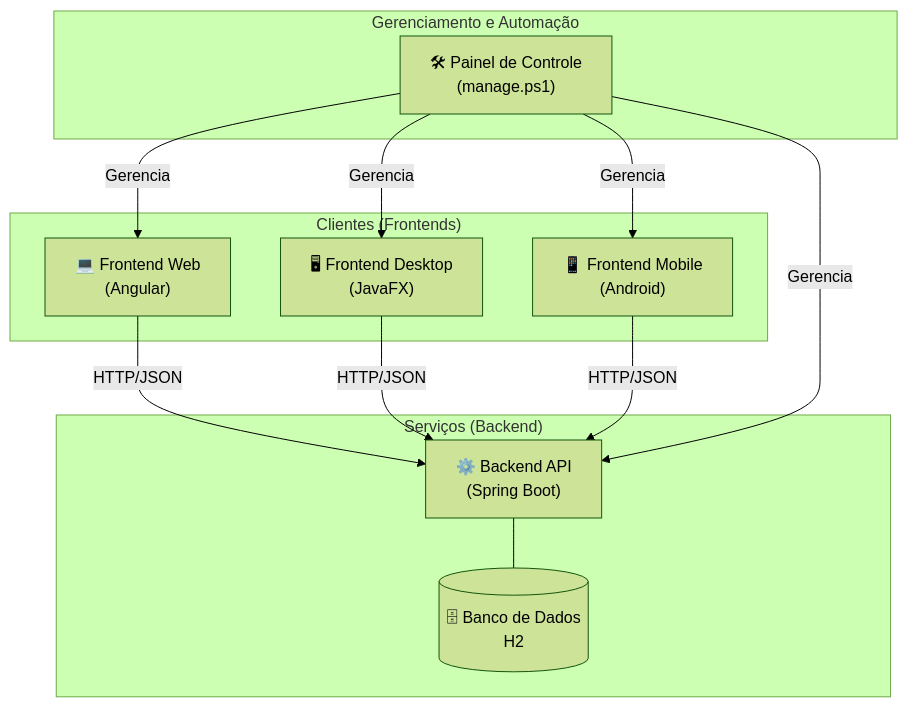
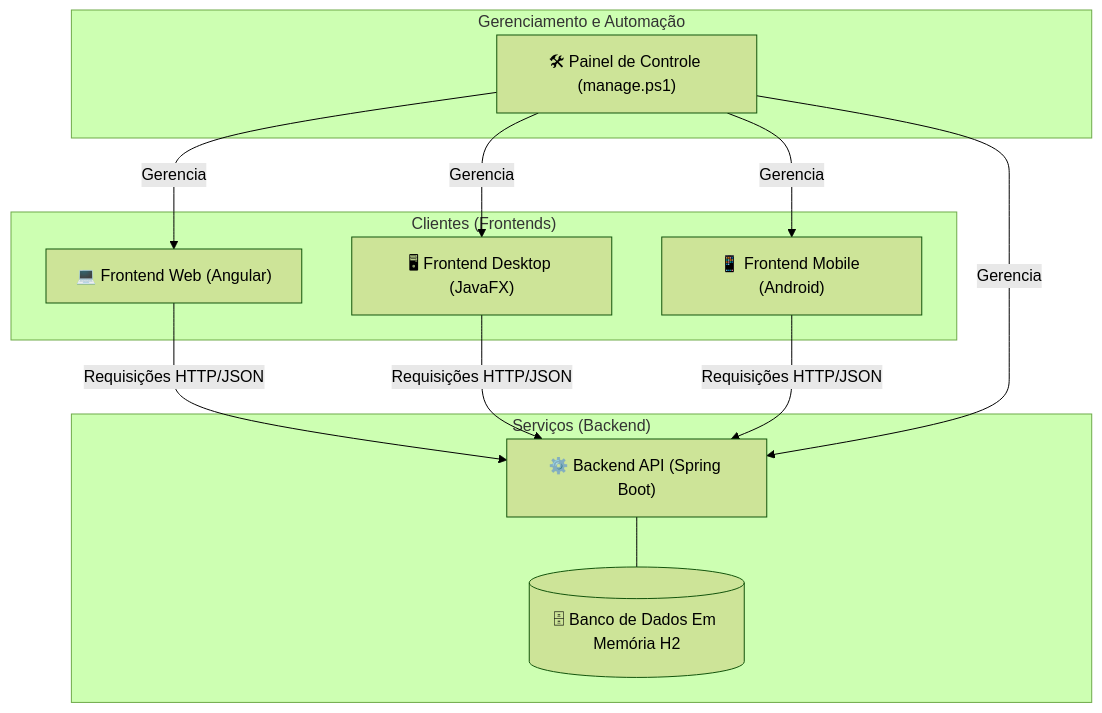
The diagram in README.md (ricardotecpro/ads_proj_aplicacao_full_stack), drawn with Mermaid (forest theme) before and after one commit. The commit also changed other lines of this file and 14 other files, not shown here.

````diff
--- a/README.md
+++ b/README.md
@@ -17,32 +16,30 @@
 ```mermaid
-
 graph TD
     subgraph "Gerenciamento e Automação"
-        Script["🛠 Painel de Controle\n(manage.ps1)"]
+        Script["🛠 Painel de Controle (manage.ps1)"]
     end
 
     subgraph "Clientes (Frontends)"
-        Web["💻 Frontend Web\n(Angular)"]
-        Desktop["🖥 Frontend Desktop\n(JavaFX)"]
-        Mobile["📱 Frontend Mobile\n(Android)"]
+        Web["💻 Frontend Web (Angular)"]
+        Desktop["🖥 Frontend Desktop (JavaFX)"]
+        Mobile["📱 Frontend Mobile (Android)"]
     end
 
     subgraph "Serviços (Backend)"
-        API["⚙️ Backend API\n(Spring Boot)"]
-        DB[("🗄 Banco de Dados\nH2")]
+        API["⚙️ Backend API (Spring Boot)"]
+        DB[("🗄 Banco de Dados Em Memória H2")]
     end
 
     %% Conexões de Dados
-    Web -->|HTTP/JSON| API
-    Desktop -->|HTTP/JSON| API
-    Mobile -->|HTTP/JSON| API
+    Web -->|Requisições HTTP/JSON| API
+    Desktop -->|Requisições HTTP/JSON| API
+    Mobile -->|Requisições HTTP/JSON| API
     API --- DB
 
     %% Conexões de Gerenciamento
     Script -- Gerencia --> API
     Script -- Gerencia --> Web
     Script -- Gerencia --> Desktop
     Script -- Gerencia --> Mobile
 
-
 ```
````
